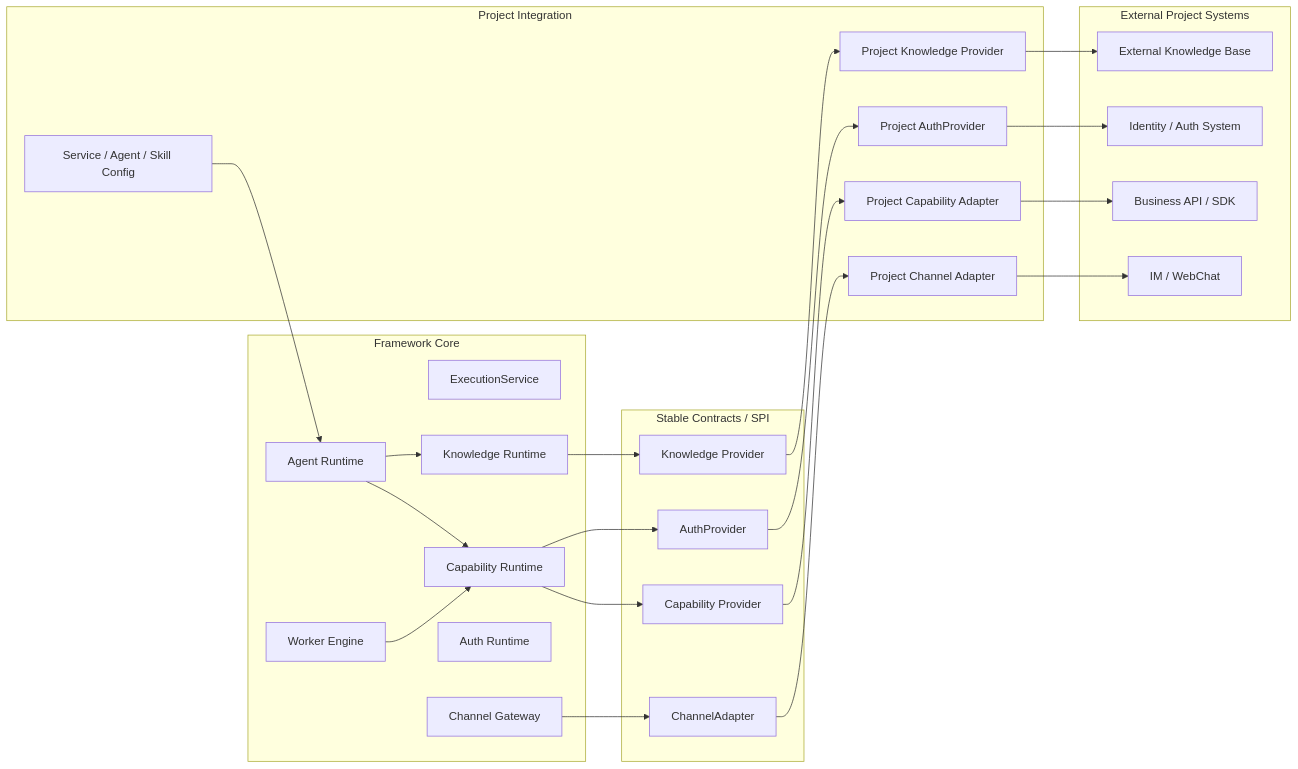
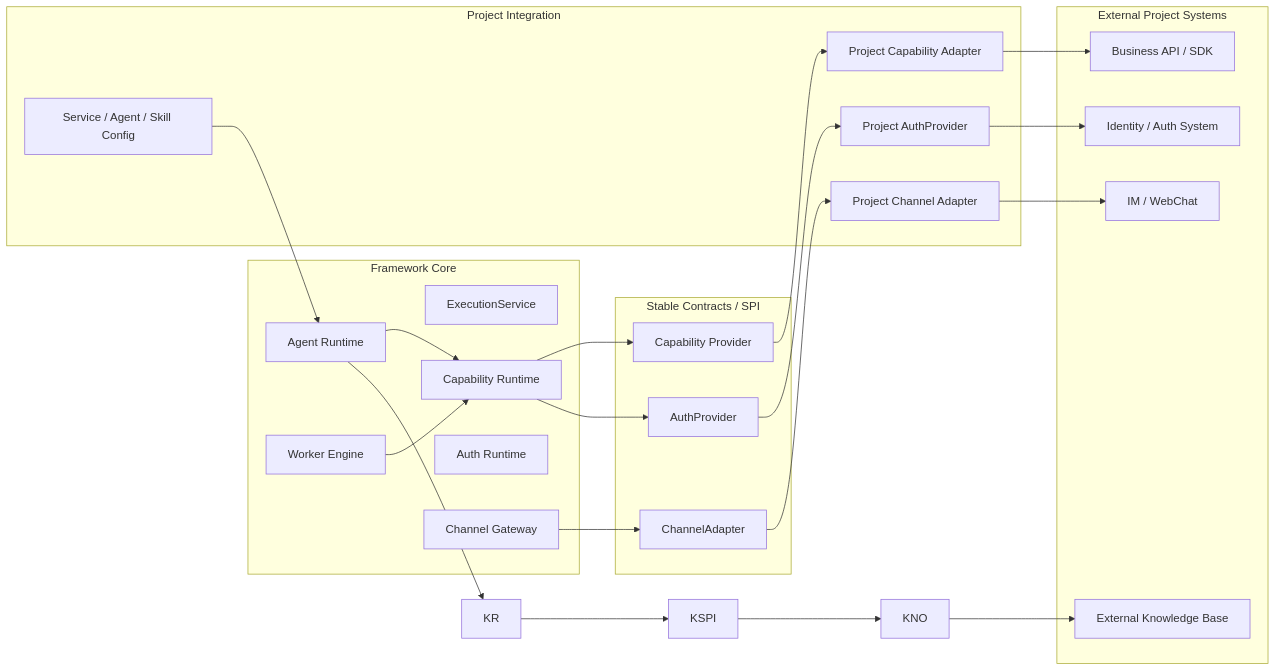
The third of 12 diagrams in docs/00-总体设计/01-通用智能服务执行框架-V1.8-完整总体设计说明书.md (Michaelxwb/fluxion-harness), drawn with Mermaid before and after one commit. The commit also changed other lines of this file and 52 other files, not shown here.

````diff
--- a/docs/00-总体设计/01-通用智能服务执行框架-V1.8-完整总体设计说明书.md
+++ b/docs/00-总体设计/01-通用智能服务执行框架-V1.8-完整总体设计说明书.md
@@ -1141,53 +1143,50 @@
 ```mermaid
 flowchart LR
     subgraph CORE["Framework Core"]
         AR["Agent Runtime"]
         WE["Worker Engine"]
         ES["ExecutionService"]
         CR["Capability Runtime"]
-        KR["Knowledge Runtime"]
         AU["Auth Runtime"]
         CG["Channel Gateway"]
     end
 
     subgraph SPI["Stable Contracts / SPI"]
         CAPI["Capability Provider"]
-        KSPI["Knowledge Provider"]
         ASPI["AuthProvider"]
         CHSPI["ChannelAdapter"]
     end
 
     subgraph INT["Project Integration"]
         SVC["Service / Agent / Skill Config"]
         CAP["Project Capability Adapter"]
-        KNO["Project Knowledge Provider"]
         AUT["Project AuthProvider"]
         CHA["Project Channel Adapter"]
     end
 
     subgraph EXT["External Project Systems"]
         API["Business API / SDK"]
         KB["External Knowledge Base"]
         IDP["Identity / Auth System"]
         CH["IM / WebChat"]
     end
 
     AR --> CR
     WE --> CR
     AR --> KR
     CR --> CAPI
     KR --> KSPI
     CR --> ASPI
     CG --> CHSPI
 
     CAPI --> CAP
     KSPI --> KNO
     ASPI --> AUT
     CHSPI --> CHA
 
     SVC --> AR
     CAP --> API
     KNO --> KB
     AUT --> IDP
     CHA --> CH
 ```
````
